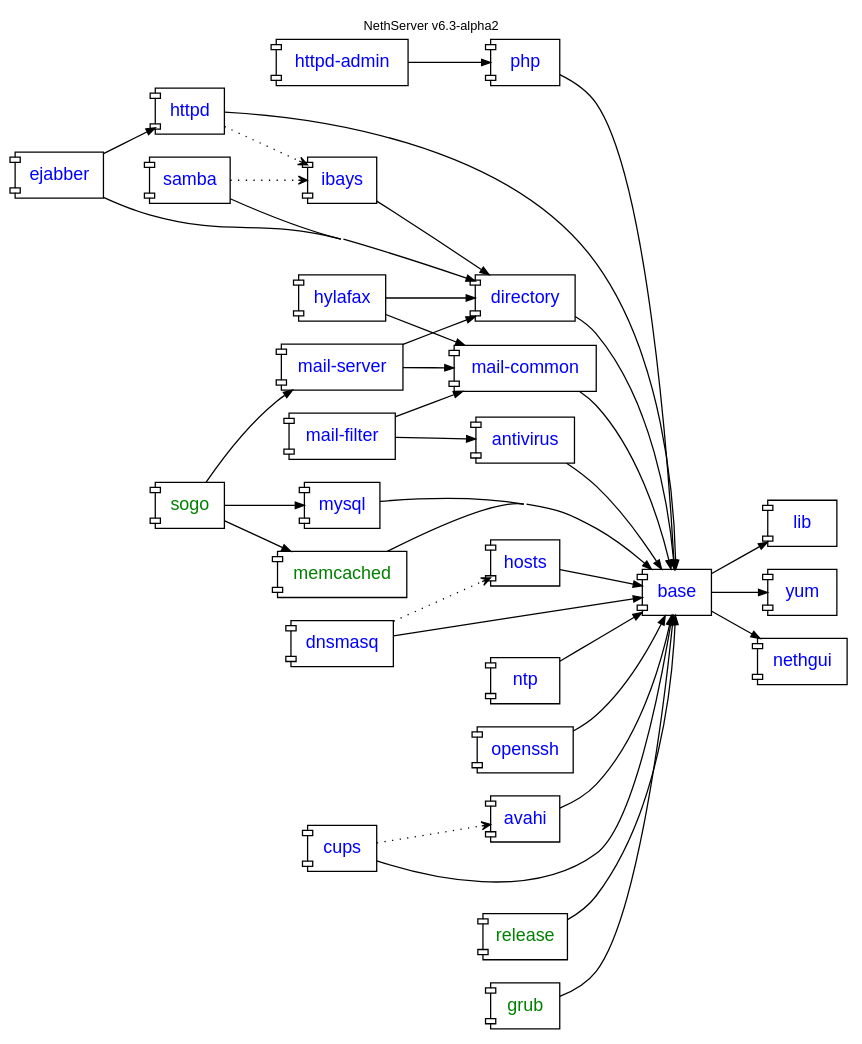
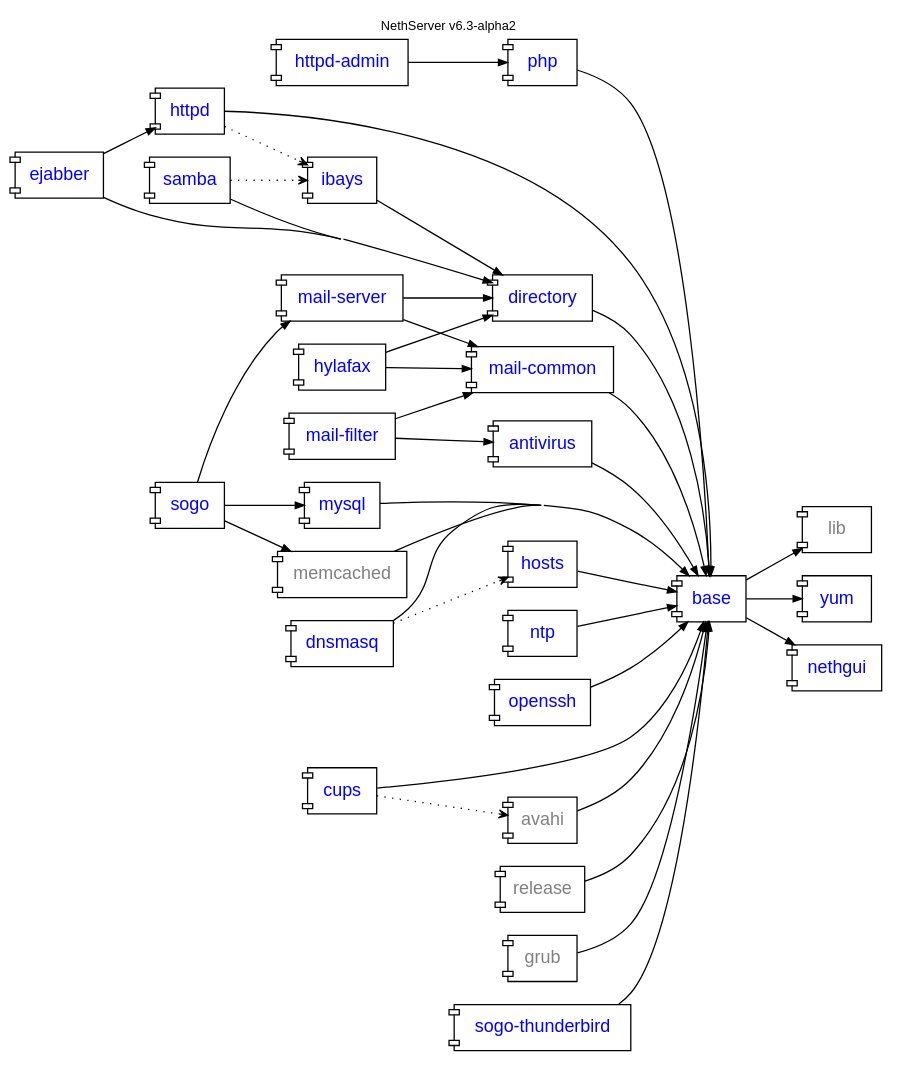
One commit to nethesis/dev-nethesis-it changed the diagram in nethserver/package-dependencies.dot. Above: the diagram before and after it, drawn with Graphviz.

Commit message:
Fixed nethserver-mail URLs, added sogo_thunderbird node

```diff
--- a/nethserver/package-dependencies.dot
+++ b/nethserver/package-dependencies.dot
@@ -1,74 +1,80 @@
 digraph "v6.3-alpha2" {
     rankdir = "LR"; compound = true; concentrate = true; fontname = "Helvetica"; fontnames="svg"; fontsize=10.0; label="NethServer v6.3-alpha2"; labelloc = "t"
 
     node [shape="component",fontname="Helvetica"];
     edge [arrowsize=0.7];
 
-    httpd_admin [fontcolor=blue,label="httpd-admin",URL="http://dev.nethesis.it/projects/nethserver-httpd-admin"];
-    base [fontcolor=blue,URL="http://dev.nethesis.it/projects/nethserver-base"];
-    directory [fontcolor=blue,URL="http://dev.nethesis.it/projects/nethserver-directory"];    
-    samba [fontcolor=blue,URL="http://dev.nethesis.it/projects/nethserver-samba"];    
-    ibays [fontcolor=blue,URL="http://dev.nethesis.it/projects/nethserver-ibays"];    
-    lib [fontcolor=blue,URL="http://dev.nethesis.it/projects/nethserver-lib"];    
-    httpd [fontcolor=blue,URL="http://dev.nethesis.it/projects/nethserver-httpd"];    
-    hosts [fontcolor=blue,URL="http://dev.nethesis.it/projects/nethserver-hosts"];
-    php [fontcolor=blue,URL="http://dev.nethesis.it/projects/nethserver-php"];
-    yum [fontcolor=blue,URL="http://dev.nethesis.it/projects/nethserver-yum"];
-    ntp [fontcolor=blue,URL="http://dev.nethesis.it/projects/nethserver-ntp"];
-    dnsmasq [fontcolor=blue,URL="http://dev.nethesis.it/projects/nethserver-dnsmasq"];
-    mails [label="mail-server",fontcolor=blue,URL="http://dev.nethesis.it/projects/nethserver-mail-server"];
-    mailf [label="mail-filter",fontcolor=blue,URL="http://dev.nethesis.it/projects/nethserver-mail-filter"];
-    mailc [label="mail-common",fontcolor=blue,URL="http://dev.nethesis.it/projects/nethserver-mail-common"];
-    nethgui [fontcolor=blue,URL="http://dev.nethesis.it/projects/nethgui"];    
-    openssh [fontcolor=blue,URL="http://dev.nethesis.it/projects/nethserver-openssh"];
-    antivirus [fontcolor=blue,URL="http://dev.nethesis.it/projects/nethserver-antivirus"];
-    cups [fontcolor=blue,URL="http://dev.nethesis.it/projects/nethserver-cups"];
-    avahi [fontcolor=blue];
-    ejabber [fontcolor=blue,URL="http://dev.nethesis.it/projects/nethserver-ejabberd"];
-    mysql [fontcolor=blue,URL="http://dev.nethesis.it/projects/nethserver-mysql"];
-    hylafax [fontcolor=blue,URL="http://dev.nethesis.it/projects/nethserver-hylafax"];
+    httpd_admin [fontcolor=blue,label="httpd-admin",URL="http://dev.nethesis.it/projects/nethserver/wiki/nethserver-httpd-admin"];
+    base [fontcolor=blue,URL="http://dev.nethesis.it/projects/nethserver/wiki/nethserver-base"];
+    directory [fontcolor=blue,URL="http://dev.nethesis.it/projects/nethserver/wiki/nethserver-directory"];    
+    ibays [fontcolor=blue,URL="http://dev.nethesis.it/projects/nethserver/wiki/nethserver-ibays"];    
+    lib [fontcolor=gray];    
+    httpd [fontcolor=blue,URL="http://dev.nethesis.it/projects/nethserver/wiki/nethserver-httpd"];    
+    hosts [fontcolor=blue,URL="http://dev.nethesis.it/projects/nethserver/wiki/nethserver-hosts"];
+    php [fontcolor=blue,URL="http://dev.nethesis.it/projects/nethserver/wiki/nethserver-php"];
+    yum [fontcolor=blue,URL="http://dev.nethesis.it/projects/nethserver/wiki/nethserver-yum"];
+    ntp [fontcolor=blue,URL="http://dev.nethesis.it/projects/nethserver/wiki/nethserver-ntp"];
+    dnsmasq [fontcolor=blue,URL="http://dev.nethesis.it/projects/nethserver/wiki/nethserver-dnsmasq"];
+    openssh [fontcolor=blue,URL="http://dev.nethesis.it/projects/nethserver/wiki/nethserver-openssh"];
+    antivirus [fontcolor=blue,URL="http://dev.nethesis.it/projects/nethserver/wiki/nethserver-antivirus"];
+    avahi [fontcolor=gray];
+    mysql [fontcolor=blue,URL="http://dev.nethesis.it/projects/nethserver/wiki/nethserver-mysql"];
+    release [fontcolor=gray];    
+    grub [fontcolor=gray];    
+    memcached [fontcolor=gray];   
 
-    release [fontcolor=green,URL="https://dev.nethesis.it/projects/nethserver-base/repository/nethserver-release"];
-    grub [fontcolor=green,URL="https://dev.nethesis.it/projects/nethserver-base/repository/nethserver-grub"];
-    memcached [fontcolor=green,URL="https://dev.nethesis.it/projects/nethserver/repository/nethserver-memcached"];
-    sogo [fontcolor=green,URL="https://dev.nethesis.it/projects/nethserver/repository/nethserver-sogo"];    
+    nethgui [fontcolor=blue,URL="http://dev.nethesis.it/projects/nethgui"];        
 
+    samba [fontcolor=blue,URL="http://dev.nethesis.it/projects/nethserver-samba/wiki/nethserver-samba"];    
+    
+    cups [fontcolor=blue,URL="http://dev.nethesis.it/projects/nethserver-cups/wiki/nethserver-cups"];
+    
+    hylafax [fontcolor=blue,URL="http://dev.nethesis.it/projects/nethserver-hylafax/wiki/nethserver-hylafax"];
+    
+    ejabber [fontcolor=blue,URL="http://dev.nethesis.it/projects/nethserver-ejabberd/wiki/nethserver-ejabberd"];
+    
+    mail_server [label="mail-server",fontcolor=blue,URL="http://dev.nethesis.it/projects/nethserver/wiki/nethserver-mail-server"];
+    mail_filter [label="mail-filter",fontcolor=blue,URL="http://dev.nethesis.it/projects/nethserver/wiki/nethserver-mail-filter"];
+    mail_common [label="mail-common",fontcolor=blue,URL="http://dev.nethesis.it/projects/nethserver/wiki/nethserver-mail-common"];
+    sogo [fontcolor=blue,URL="https://dev.nethesis.it/projects/nethserver/wiki/nethserver-sogo"];        
+    sogo_thunderbird [label="sogo-thunderbird",fontcolor=blue,URL="https://dev.nethesis.it/projects/nethserver/wiki/nethserver-sogo-thunderbird"];        
     
     base -> lib
     base -> nethgui
     openssh -> base
     directory -> base
     samba -> directory
     ibays -> directory
     httpd -> base
     httpd -> ibays [style=dotted,arrowhead=vee];
     dnsmasq -> hosts [style=dotted,arrowhead=vee];
     dnsmasq -> base
     hosts -> base
     httpd_admin -> php
     samba -> ibays [style=dotted,arrowhead=vee];
     base -> yum
     ntp -> base
     php -> base
-    mails -> directory
-    mails -> mailc
-    mailf -> mailc
-    mailf -> antivirus
-    mailc -> base
+    mail_server -> directory
+    mail_server -> mail_common
+    mail_filter -> mail_common
+    mail_filter -> antivirus
+    mail_common -> base
     antivirus -> base
     release -> base
     grub -> base
     cups -> base
     avahi -> base
     cups -> avahi [style=dotted,arrowhead=vee];
     ejabber -> directory
     ejabber -> httpd
     mysql -> base
     hylafax -> directory
-    hylafax -> mailc
+    hylafax -> mail_common
     sogo -> memcached
-    sogo -> mails
+    sogo -> mail_server
     sogo -> mysql
+    sogo_thunderbird -> base
     memcached -> base
 
 }
```
